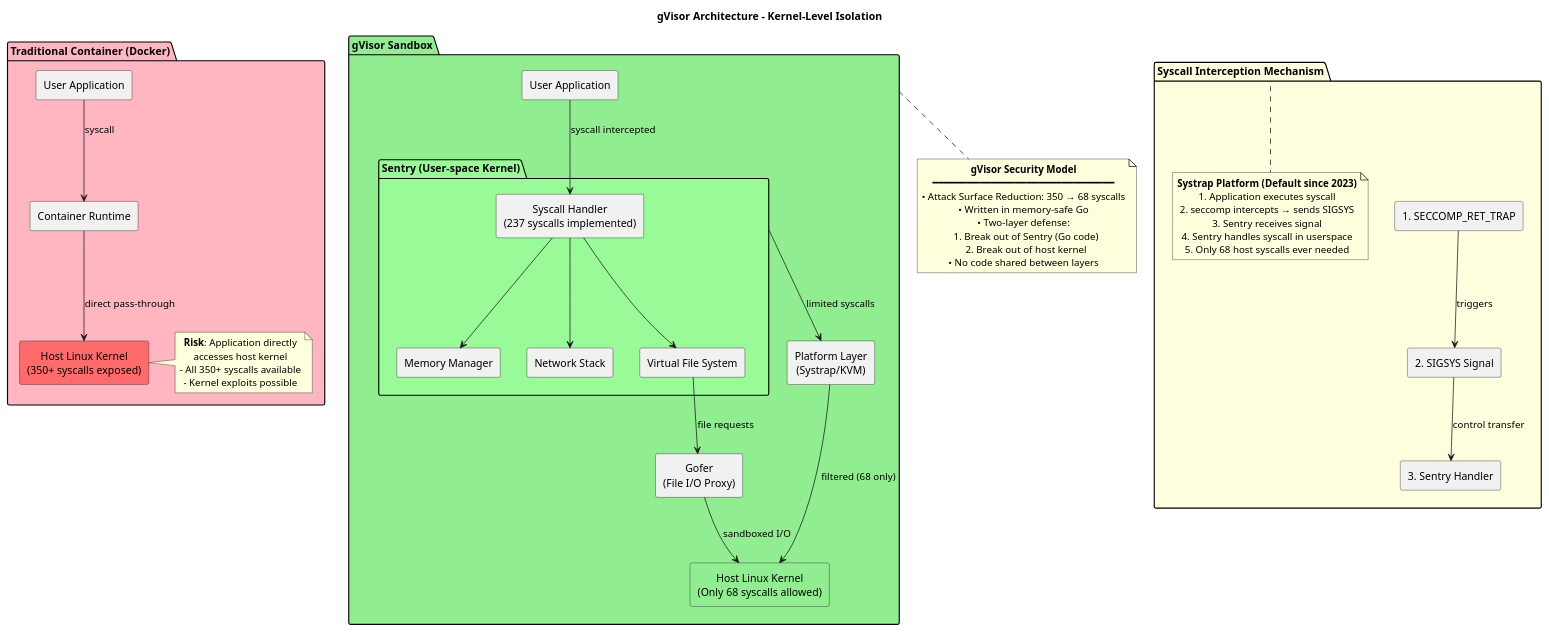
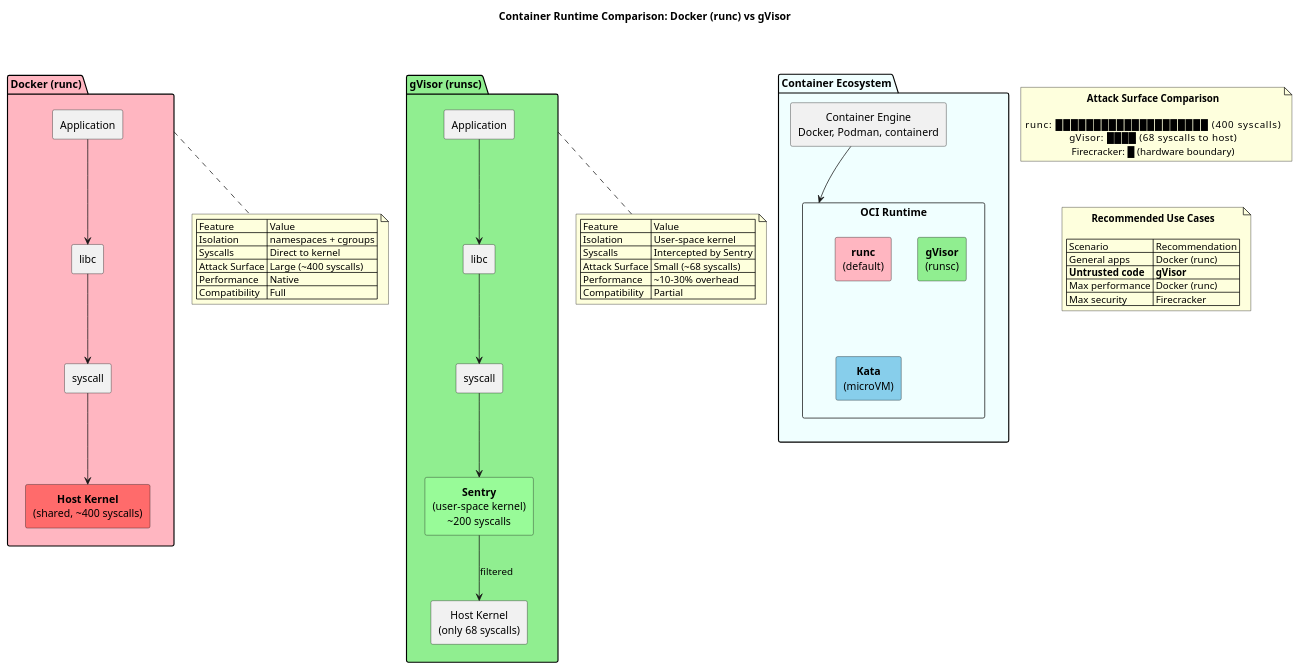
Before and after one commit to huangyingw/rayai-code-sandbox: the diagram in docs/gvisor_architecture.puml, drawn with PlantUML.

Commit message:
docs: update gvisor_architecture.puml with runtime comparison

```diff
--- a/docs/gvisor_architecture.puml
+++ b/docs/gvisor_architecture.puml
@@ -1,81 +1,87 @@
 @startuml gvisor_architecture
-title gVisor Architecture - Kernel-Level Isolation
+title Container Runtime Comparison: Docker (runc) vs gVisor
 
-skinparam componentStyle rectangle
 skinparam defaultTextAlignment center
 
-' ==================== COMPARISON ====================
-package "Traditional Container (Docker)" as traditional #FFB6C1 {
-    component "User Application" as app1
-    component "Container Runtime" as runtime1
-    component "Host Linux Kernel\n(350+ syscalls exposed)" as kernel1 #FF6B6B
+' ==================== ECOSYSTEM ====================
+package "Container Ecosystem" as ecosystem #Azure {
+    rectangle "Container Engine\nDocker, Podman, containerd" as engine
 
-    app1 --> runtime1 : syscall
-    runtime1 --> kernel1 : direct pass-through
+    rectangle "OCI Runtime" as runtime {
+        rectangle "**runc**\n(default)" as runc #FFB6C1
+        rectangle "**gVisor**\n(runsc)" as gvisor #90EE90
+        rectangle "**Kata**\n(microVM)" as kata #87CEEB
+    }
 
-    note right of kernel1
-      **Risk**: Application directly
-      accesses host kernel
-      - All 350+ syscalls available
-      - Kernel exploits possible
-    end note
+    engine --> runtime
 }
 
-package "gVisor Sandbox" as gvisor #90EE90 {
-    component "User Application" as app2
+' ==================== ARCHITECTURE COMPARISON ====================
+package "Docker (runc)" as docker_arch #FFB6C1 {
+    rectangle "Application" as app1
+    rectangle "libc" as libc1
+    rectangle "syscall" as sys1
+    rectangle "**Host Kernel**\n(shared, ~400 syscalls)" as kernel1 #FF6B6B
 
-    package "Sentry (User-space Kernel)" as sentry #98FB98 {
-        component "Syscall Handler\n(237 syscalls implemented)" as handler
-        component "Memory Manager" as mm
-        component "Network Stack" as net
-        component "Virtual File System" as vfs
-    }
-
-    component "Platform Layer\n(Systrap/KVM)" as platform
-    component "Gofer\n(File I/O Proxy)" as gofer
-    component "Host Linux Kernel\n(Only 68 syscalls allowed)" as kernel2 #90EE90
-
-    app2 --> handler : syscall intercepted
-    handler --> mm
-    handler --> net
-    handler --> vfs
-
-    sentry --> platform : limited syscalls
-    platform --> kernel2 : filtered (68 only)
-    vfs --> gofer : file requests
-    gofer --> kernel2 : sandboxed I/O
+    app1 -down-> libc1
+    libc1 -down-> sys1
+    sys1 -down-> kernel1
 }
 
-' ==================== SYSCALL INTERCEPTION ====================
-package "Syscall Interception Mechanism" as interception #LightYellow {
+package "gVisor (runsc)" as gvisor_arch #90EE90 {
+    rectangle "Application" as app2
+    rectangle "libc" as libc2
+    rectangle "syscall" as sys2
+    rectangle "**Sentry**\n(user-space kernel)\n~200 syscalls" as sentry #98FB98
+    rectangle "Host Kernel\n(only 68 syscalls)" as kernel2
 
-    component "1. SECCOMP_RET_TRAP" as seccomp
-    component "2. SIGSYS Signal" as sigsys
-    component "3. Sentry Handler" as sentryHandler
-
-    seccomp --> sigsys : triggers
-    sigsys --> sentryHandler : control transfer
-
-    note bottom of interception
-      **Systrap Platform (Default since 2023)**
-      1. Application executes syscall
-      2. seccomp intercepts → sends SIGSYS
-      3. Sentry receives signal
-      4. Sentry handles syscall in userspace
-      5. Only 68 host syscalls ever needed
-    end note
+    app2 -down-> libc2
+    libc2 -down-> sys2
+    sys2 -down-> sentry
+    sentry -down-> kernel2 : filtered
 }
 
-' ==================== SECURITY MODEL ====================
-note bottom of gvisor
-  **gVisor Security Model**
-  ━━━━━━━━━━━━━━━━━━━━━━━━━━━━━━━
-  • Attack Surface Reduction: 350 → 68 syscalls
-  • Written in memory-safe Go
-  • Two-layer defense:
-    1. Break out of Sentry (Go code)
-    2. Break out of host kernel
-  • No code shared between layers
+' ==================== COMPARISON TABLE ====================
+note bottom of docker_arch
+  | Feature | Value |
+  | Isolation | namespaces + cgroups |
+  | Syscalls | Direct to kernel |
+  | Attack Surface | Large (~400 syscalls) |
+  | Performance | Native |
+  | Compatibility | Full |
 end note
 
+note bottom of gvisor_arch
+  | Feature | Value |
+  | Isolation | User-space kernel |
+  | Syscalls | Intercepted by Sentry |
+  | Attack Surface | Small (~68 syscalls) |
+  | Performance | ~10-30% overhead |
+  | Compatibility | Partial |
+end note
+
+' ==================== ATTACK SURFACE ====================
+note as attack_surface
+  **Attack Surface Comparison**
+
+  runc:        ████████████████████ (400 syscalls)
+  gVisor:      ████ (68 syscalls to host)
+  Firecracker: █ (hardware boundary)
+end note
+
+' ==================== USE CASES ====================
+note as use_cases
+  **Recommended Use Cases**
+
+  | Scenario | Recommendation |
+  | General apps | Docker (runc) |
+  | **Untrusted code** | **gVisor** |
+  | Max performance | Docker (runc) |
+  | Max security | Firecracker |
+end note
+
+' ==================== LAYOUT ====================
+docker_arch -[hidden]right- gvisor_arch
+attack_surface -[hidden]down- use_cases
+
 @enduml
```
